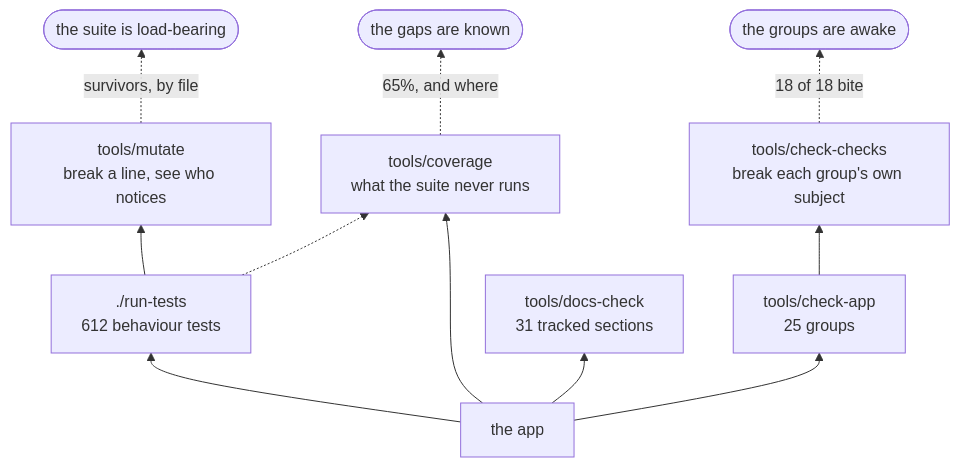
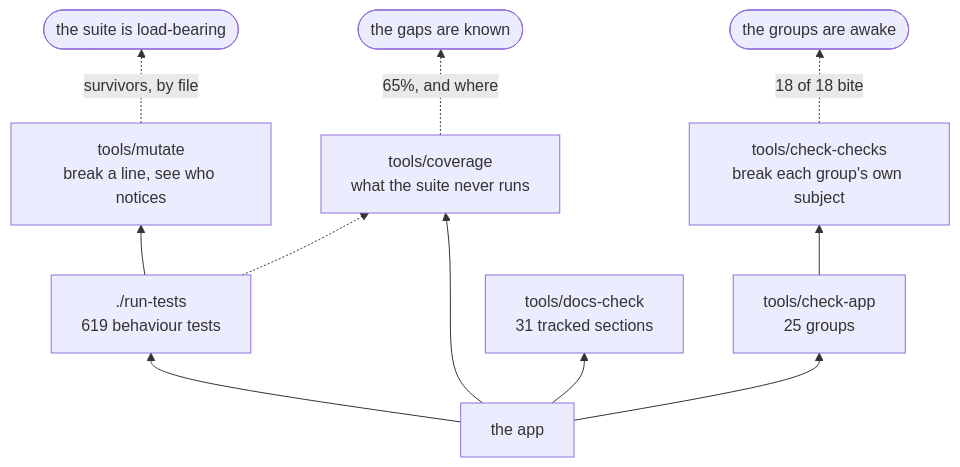
One commit to minormending/crystal-pilot-mobile changed the second of 2 diagrams in docs/DEVELOPING.md. Above: the diagram before and after it, drawn with Mermaid. The commit also changed other lines of this file and 12 other files, not shown here.

````diff
--- a/docs/DEVELOPING.md
+++ b/docs/DEVELOPING.md
@@ -124,13 +124,13 @@
 ```mermaid
 flowchart BT
-    C["the app"] --> T["./run-tests<br/>612 behaviour tests"]
+    C["the app"] --> T["./run-tests<br/>619 behaviour tests"]
     C --> A["tools/check-app<br/>25 groups"]
     C --> D["tools/docs-check<br/>31 tracked sections"]
     C --> V["tools/coverage<br/>what the suite never runs"]
     T --> M["tools/mutate<br/>break a line, see who notices"]
     A --> K["tools/check-checks<br/>break each group's own subject"]
     T -.-> V
     M -.->|"survivors, by file"| R(["the suite is load-bearing"])
     K -.->|"18 of 18 bite"| R2(["the groups are awake"])
     V -.->|"65%, and where"| R3(["the gaps are known"])
 ```
````
